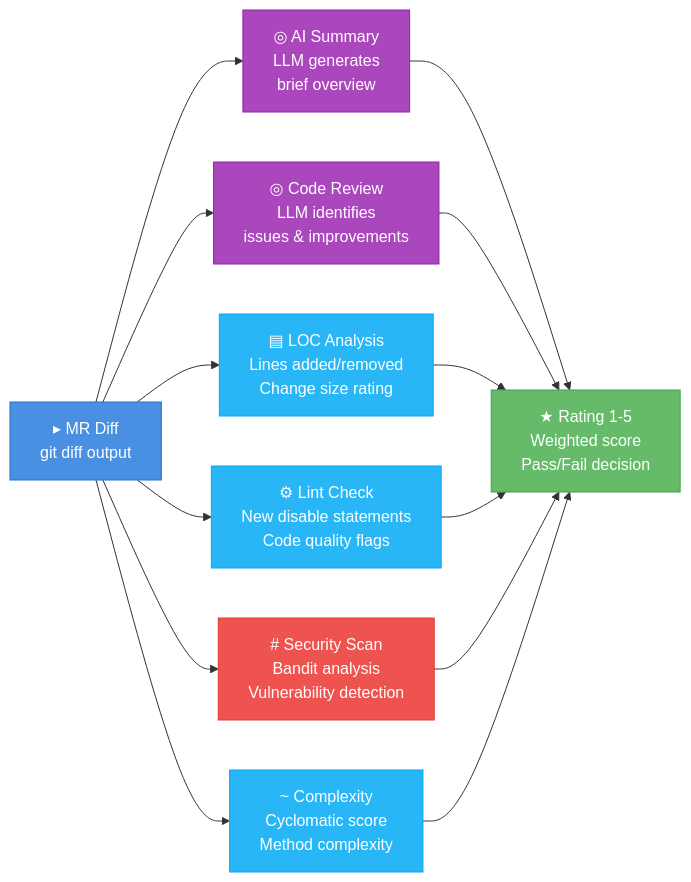
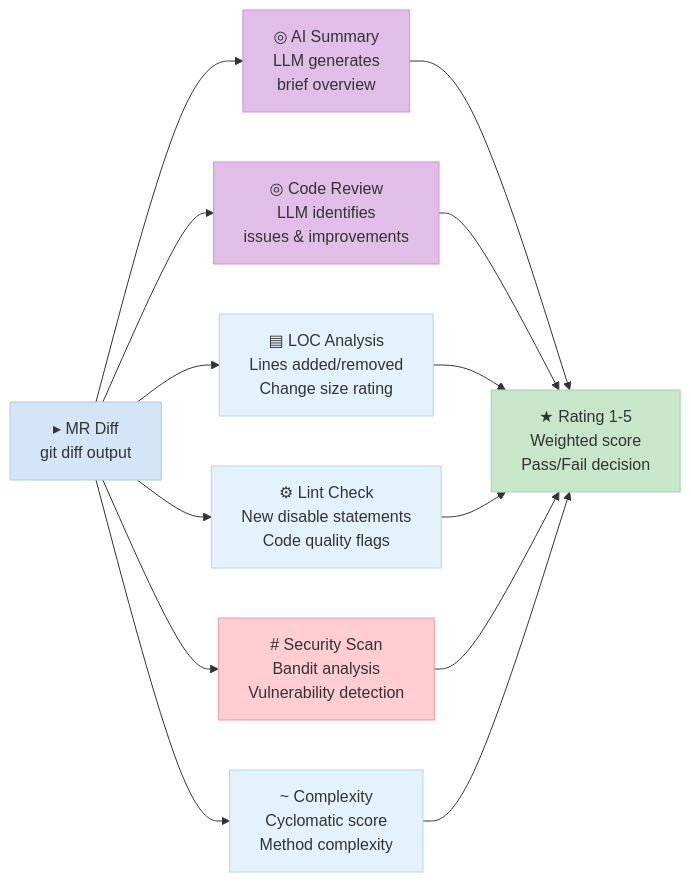
Before and after one commit to vigneshpalanivelr/commit-validator: the diagram in README.md, drawn with Mermaid. The commit also changed 2 other files, not shown here.

Commit message:
Update mermaid diagrams with subtle, muted colors
Replace intense colors with pastel alternatives for better readability:
- Bright blues (#4a90e2, #0db7ed) -> Pastel blues (#d4e5f7, #c5e8f7, #e3f2fd)
- Bright orange (#fc6d26, #ffa726) -> Pastel orange (#ffd4c4, #ffe0b2)
- Bright green (#4caf50, #66bb6a) -> Pastel green (#c8e6c9, #e8f5e9)
- Bright purple (#ab47bc) -> Pastel purple (#e1bee7)
- Bright red (#ef5350) -> Pastel red (#ffcdd2)
- Bright yellow (#f9a825) -> Pastel yellow (#fff8dc, #fff3c4)
- Text color changed from white (#fff) to dark (#333) for better contrast

````diff
--- a/README.md
+++ b/README.md
@@ -358,22 +358,22 @@
 ```mermaid
 flowchart LR
     A[▸ MR Diff<br/>git diff output] --> B[◎ AI Summary<br/>LLM generates<br/>brief overview]
     A --> C[◎ Code Review<br/>LLM identifies<br/>issues & improvements]
     A --> D[▤ LOC Analysis<br/>Lines added/removed<br/>Change size rating]
     A --> E[⚙ Lint Check<br/>New disable statements<br/>Code quality flags]
     A --> F[# Security Scan<br/>Bandit analysis<br/>Vulnerability detection]
     A --> G[~ Complexity<br/>Cyclomatic score<br/>Method complexity]
     B & C & D & E & F & G --> H[★ Rating 1-5<br/>Weighted score<br/>Pass/Fail decision]
 
-    classDef input fill:#4a90e2,color:#fff,stroke:#2171c7
-    classDef ai fill:#ab47bc,color:#fff,stroke:#8e24aa
-    classDef metrics fill:#29b6f6,color:#fff,stroke:#03a9f4
-    classDef security fill:#ef5350,color:#fff,stroke:#e53935
-    classDef output fill:#66bb6a,color:#fff,stroke:#43a047
+    classDef input fill:#d4e5f7,color:#333,stroke:#a8c8e8
+    classDef ai fill:#e1bee7,color:#333,stroke:#ce93d8
+    classDef metrics fill:#e3f2fd,color:#333,stroke:#b3d4f7
+    classDef security fill:#ffcdd2,color:#333,stroke:#ef9a9a
+    classDef output fill:#c8e6c9,color:#333,stroke:#a5d6a7
 
     class A input
     class B,C ai
     class D,E,G metrics
     class F security
     class H output
 ```
````
